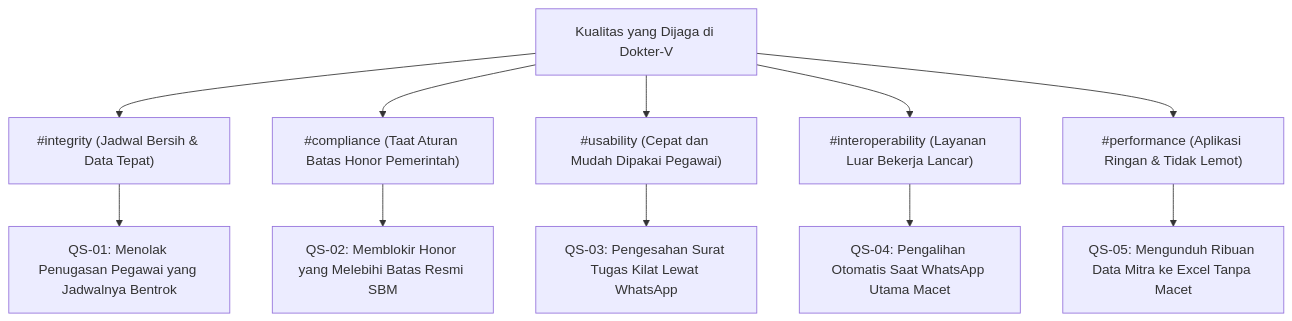
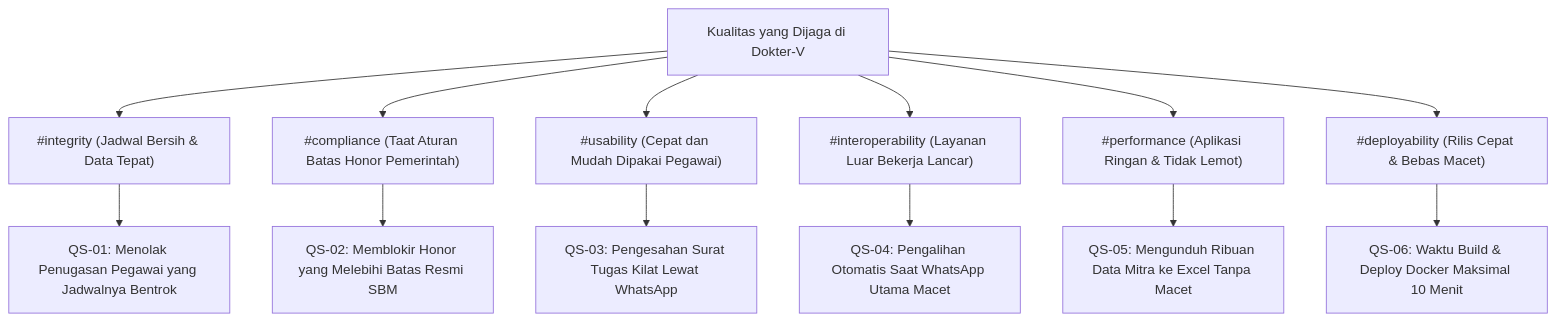
One commit to ihkaru/sipedas changed the diagram in docs/architecture/10_quality_requirements.md. Above: the diagram before and after it, drawn with Mermaid. The commit also changed other lines of this file and 6 other files, not shown here.

````diff
--- a/docs/architecture/10_quality_requirements.md
+++ b/docs/architecture/10_quality_requirements.md
@@ -15,15 +15,17 @@
 ```mermaid
 graph TD
     Q["Kualitas yang Dijaga di Dokter-V"]
     Q --> Q1["#integrity (Jadwal Bersih & Data Tepat)"]
     Q --> Q2["#compliance (Taat Aturan Batas Honor Pemerintah)"]
     Q --> Q3["#usability (Cepat dan Mudah Dipakai Pegawai)"]
     Q --> Q4["#interoperability (Layanan Luar Bekerja Lancar)"]
     Q --> Q5["#performance (Aplikasi Ringan & Tidak Lemot)"]
+    Q --> Q6["#deployability (Rilis Cepat & Bebas Macet)"]
 
     Q1 --> QS1["QS-01: Menolak Penugasan Pegawai yang Jadwalnya Bentrok"]
     Q2 --> QS2["QS-02: Memblokir Honor yang Melebihi Batas Resmi SBM"]
     Q3 --> QS3["QS-03: Pengesahan Surat Tugas Kilat Lewat WhatsApp"]
     Q4 --> QS4["QS-04: Pengalihan Otomatis Saat WhatsApp Utama Macet"]
     Q5 --> QS5["QS-05: Mengunduh Ribuan Data Mitra ke Excel Tanpa Macet"]
+    Q6 --> QS6["QS-06: Waktu Build & Deploy Docker Maksimal 10 Menit"]
 ```
````
